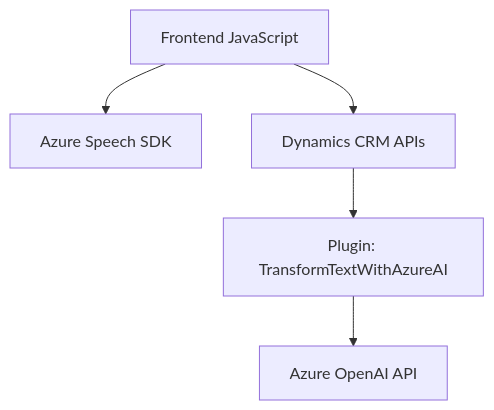
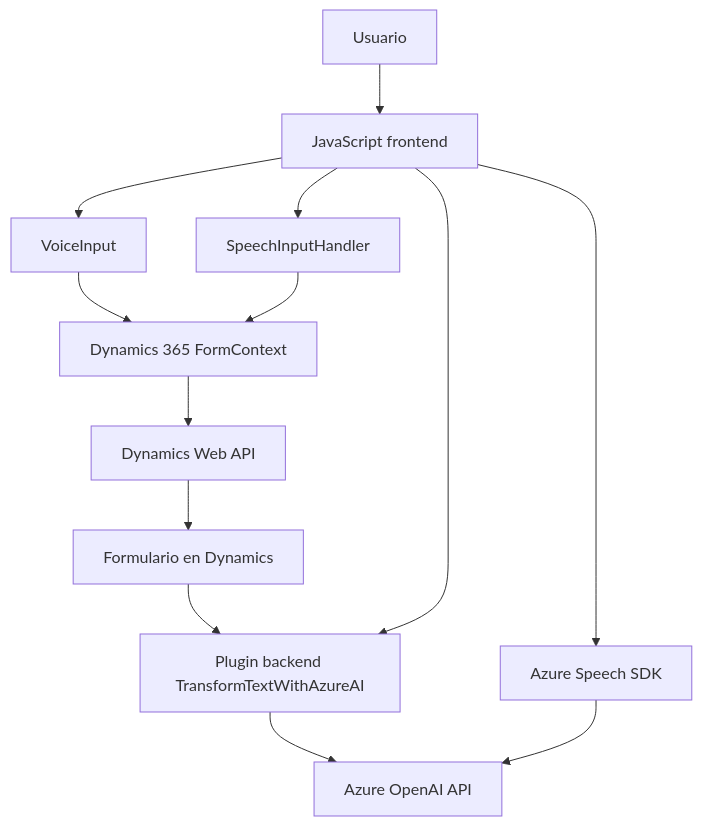
Before and after one commit to blopezdm/NETCORE_BILBAO2025: the diagram in README.md, drawn with Mermaid. The commit also changed other lines of this file, not shown here.

````diff
--- a/README.md
+++ b/README.md
@@ -43,13 +68,15 @@
 ```mermaid
 graph TD
-  A["Frontend JavaScript"]
-  B["Azure Speech SDK"]
-  C["Dynamics CRM APIs"]
-  D["Plugin: TransformTextWithAzureAI"]
-  E["Azure OpenAI API"]
-  
-  A --> B
-  A --> C
-  C --> D
-  D --> E
+    A["Usuario"] --> B["JavaScript frontend"]
+    B --> C["VoiceInput"]
+    B --> D["SpeechInputHandler"]
+    B --> E["Azure Speech SDK"]
+    C --> F["Dynamics 365 FormContext"]
+    D --> F
+    F --> G["Dynamics Web API"]
+    G --> I["Formulario en Dynamics"]
+    I --> H["Plugin backend TransformTextWithAzureAI"]
+    H --> J["Azure OpenAI API"]
+    B --> H
+    E --> J
 ```
````
